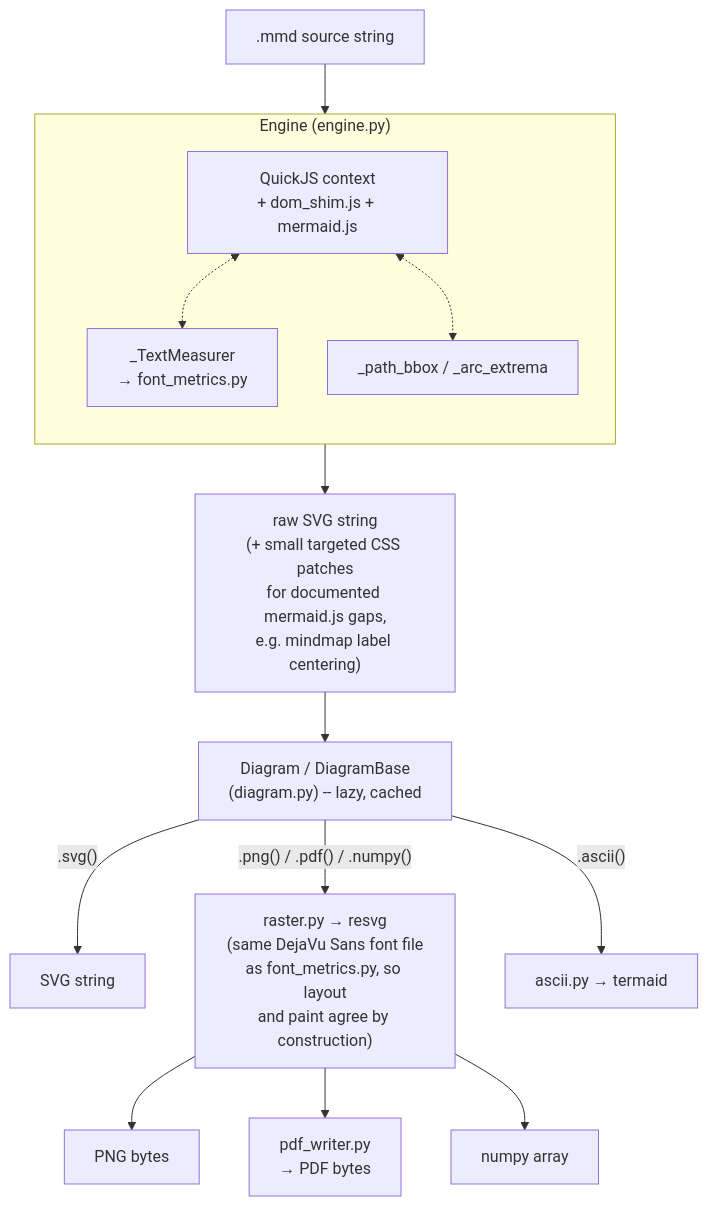
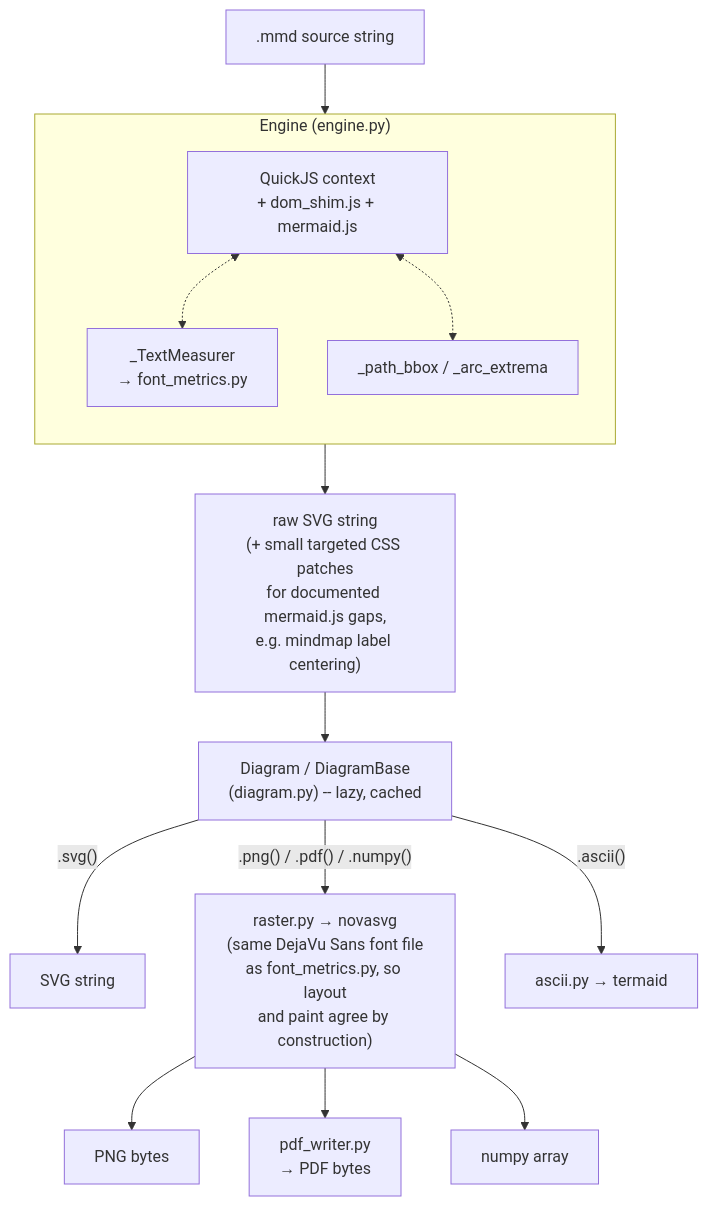
Before and after one commit to MohammadRaziei/mermaidx: the seventh of 7 diagrams in architecture.md, drawn with Mermaid. The commit also changed other lines of this file and 2 other files, not shown here.

First line of the commit message:
chore: migrate from `resvg` to `novasvg` and update documentation

````diff
--- a/architecture.md
+++ b/architecture.md
@@ -264,20 +264,20 @@
 ```mermaid
 flowchart TD
     MMD[".mmd source string"] --> ENGINE
     subgraph ENGINE["Engine (engine.py)"]
         direction TB
         E1["QuickJS context\n+ dom_shim.js + mermaid.js"]
         E2["_TextMeasurer\n→ font_metrics.py"]
         E3["_path_bbox / _arc_extrema"]
         E1 <-.-> E2
         E1 <-.-> E3
     end
     ENGINE --> SVGSTR["raw SVG string\n(+ small targeted CSS patches\nfor documented mermaid.js gaps,\ne.g. mindmap label centering)"]
     SVGSTR --> DIAG["Diagram / DiagramBase\n(diagram.py) -- lazy, cached"]
     DIAG -->|".svg()"| SVGOUT["SVG string"]
-    DIAG -->|".png() / .pdf() / .numpy()"| RASTER["raster.py → resvg\n(same DejaVu Sans font file\nas font_metrics.py, so layout\nand paint agree by construction)"]
+    DIAG -->|".png() / .pdf() / .numpy()"| RASTER["raster.py → novasvg\n(same DejaVu Sans font file\nas font_metrics.py, so layout\nand paint agree by construction)"]
     DIAG -->|".ascii()"| ASCII["ascii.py → termaid"]
     RASTER --> PNGOUT["PNG bytes"]
     RASTER --> PDFOUT["pdf_writer.py\n→ PDF bytes"]
     RASTER --> NPOUT["numpy array"]
 ```
````
